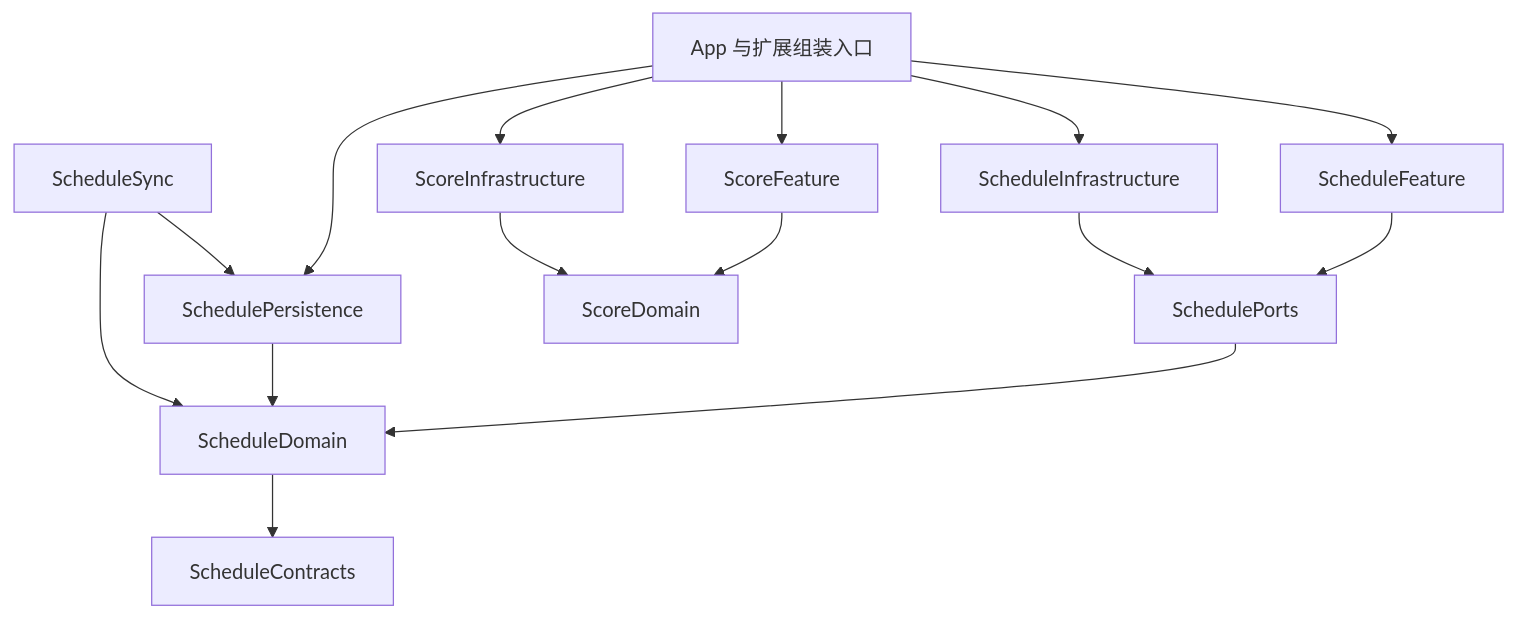
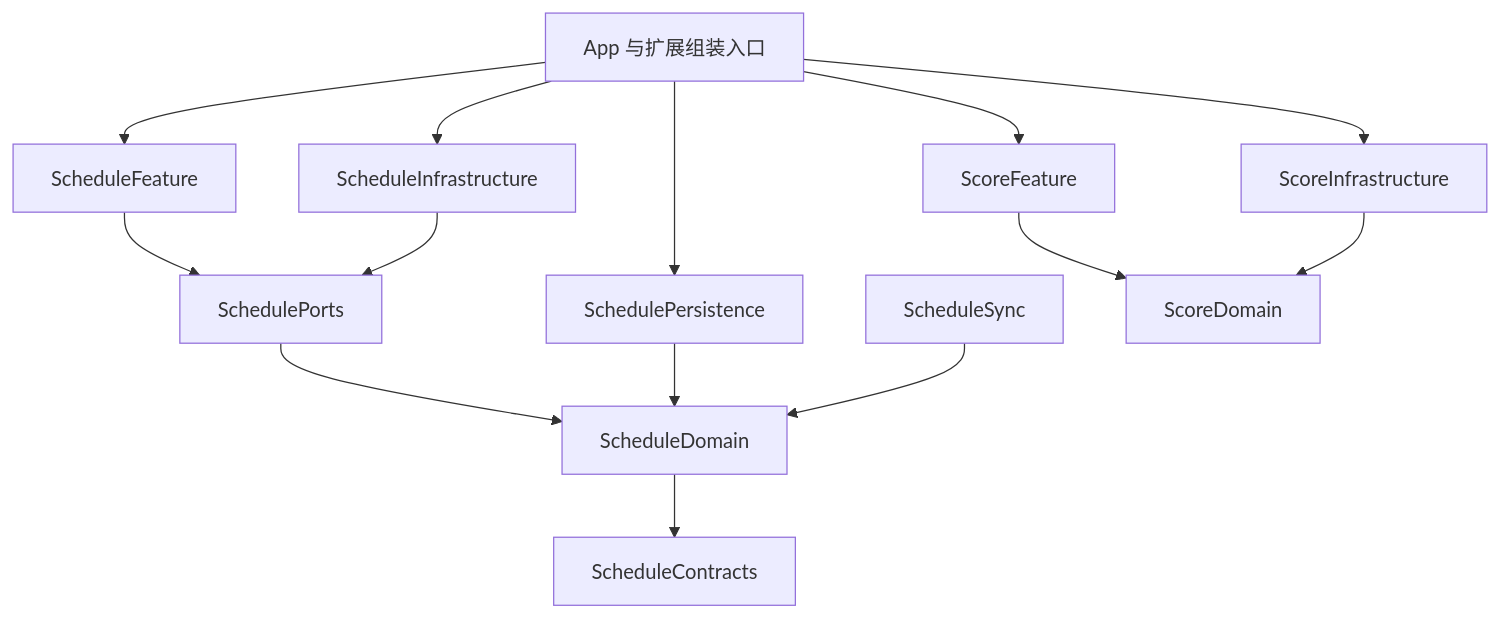
One commit to BIT101-dev/BIT101-iOS changed the diagram in docs/ARCHITECTURE.md. Above: the diagram before and after it, drawn with Mermaid. The commit also changed other lines of this file and 57 other files, not shown here.

````diff
--- a/docs/ARCHITECTURE.md
+++ b/docs/ARCHITECTURE.md
@@ -30,17 +30,16 @@
 ```mermaid
 flowchart TD
     App[App 与扩展组装入口] --> ScheduleFeature
     App --> ScheduleInfrastructure
     App --> SchedulePersistence
     App --> ScoreFeature
     App --> ScoreInfrastructure
     ScheduleFeature --> SchedulePorts
     ScheduleInfrastructure --> SchedulePorts
     SchedulePorts --> ScheduleDomain
     SchedulePersistence --> ScheduleDomain
     ScheduleDomain --> ScheduleContracts
     ScheduleSync --> ScheduleDomain
-    ScheduleSync --> SchedulePersistence
     ScoreFeature --> ScoreDomain
     ScoreInfrastructure --> ScoreDomain
 ```
````
